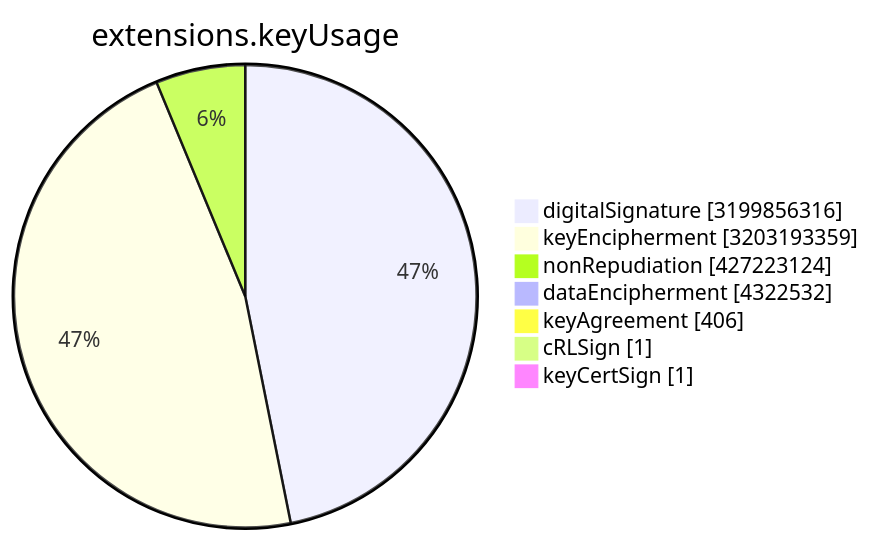
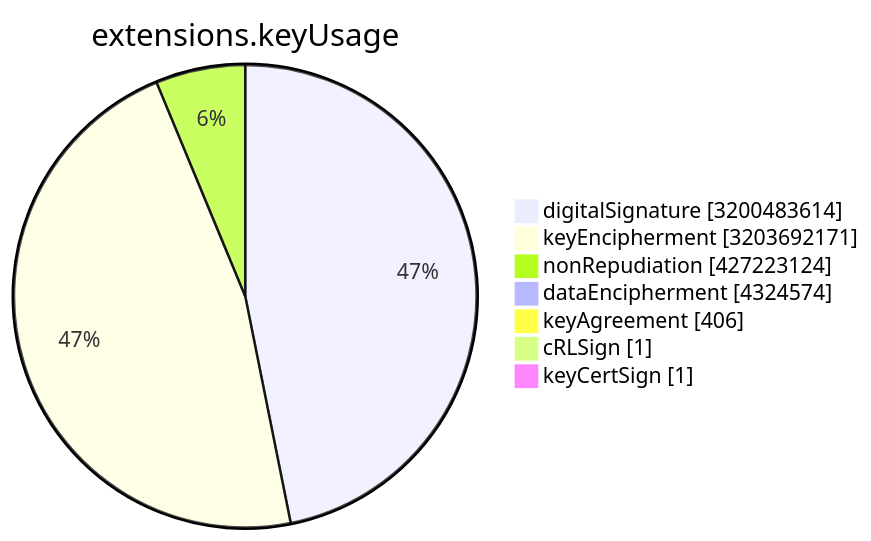
One commit to christiankrug/ctmonitor_visualization changed the sixth of 15 diagrams in TOTAL/README.md. Above: the diagram before and after it, drawn with Mermaid. The commit also changed other lines of this file, not shown here.

````diff
--- a/TOTAL/README.md
+++ b/TOTAL/README.md
@@ -3077,11 +3077,11 @@
 ```mermaid
 pie showData
 title extensions.keyUsage
-"digitalSignature" :3199856316
-"keyEncipherment" :3203193359
+"digitalSignature" :3200483614
+"keyEncipherment" :3203692171
 "nonRepudiation" :427223124
-"dataEncipherment" :4322532
+"dataEncipherment" :4324574
 "keyAgreement" :406
 "cRLSign" :1
 "keyCertSign" :1
 ```
````
